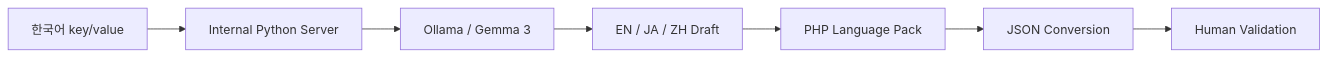
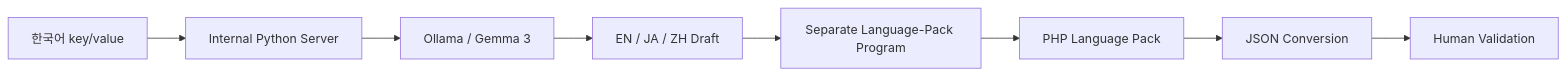
Before and after one commit to tomtomjskim/portfolio: the diagram in cases/practical-ai-automation.md, drawn with Mermaid. The commit also changed other lines of this file and 13 other files, not shown here.

````diff
--- a/cases/practical-ai-automation.md
+++ b/cases/practical-ai-automation.md
@@ -34,9 +56,10 @@
 ```mermaid
 flowchart LR
     K[한국어 key/value] --> PY[Internal Python Server]
     PY --> L[Ollama / Gemma 3]
     L --> T[EN / JA / ZH Draft]
-    T --> P[PHP Language Pack]
-    P --> J[JSON Conversion]
-    J --> H[Human Validation]
+    T --> P[Separate Language-Pack Program]
+    P --> H[PHP Language Pack]
+    H --> J[JSON Conversion]
+    J --> R[Human Validation]
 ```
````
